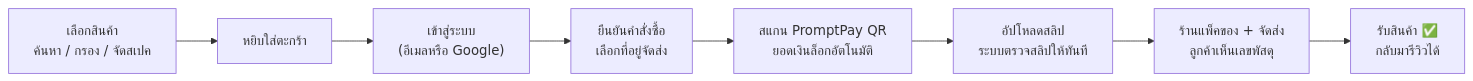
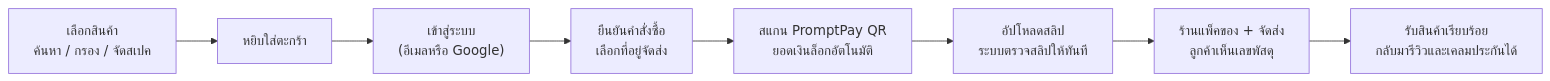
The second of 3 diagrams in README.md (Nol2way/bm-computer), drawn with Mermaid before and after one commit. The commit also changed other lines of this file and 33 other files, not shown here.

````diff
--- a/README.md
+++ b/README.md
@@ -86,10 +86,10 @@
 ```mermaid
 flowchart LR
     A["เลือกสินค้า<br/>ค้นหา / กรอง / จัดสเปค"] --> B["หยิบใส่ตะกร้า"]
     B --> C["เข้าสู่ระบบ<br/>(อีเมลหรือ Google)"]
     C --> D["ยืนยันคำสั่งซื้อ<br/>เลือกที่อยู่จัดส่ง"]
     D --> E["สแกน PromptPay QR<br/>ยอดเงินล็อกอัตโนมัติ"]
     E --> F["อัปโหลดสลิป<br/>ระบบตรวจสลิปให้ทันที"]
     F --> G["ร้านแพ็คของ + จัดส่ง<br/>ลูกค้าเห็นเลขพัสดุ"]
-    G --> H["รับสินค้า ✅<br/>กลับมารีวิวได้"]
+    G --> H["รับสินค้าเรียบร้อย<br/>กลับมารีวิวและเคลมประกันได้"]
 ```
````
